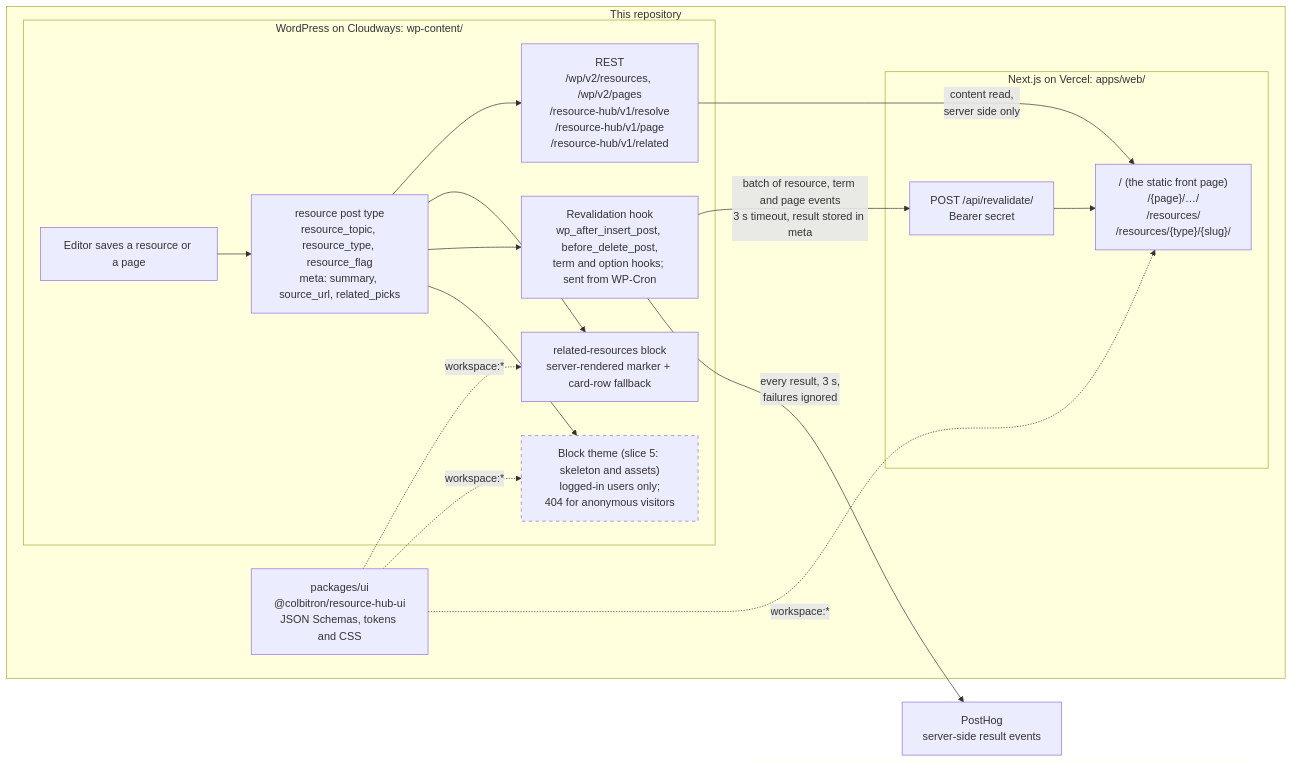
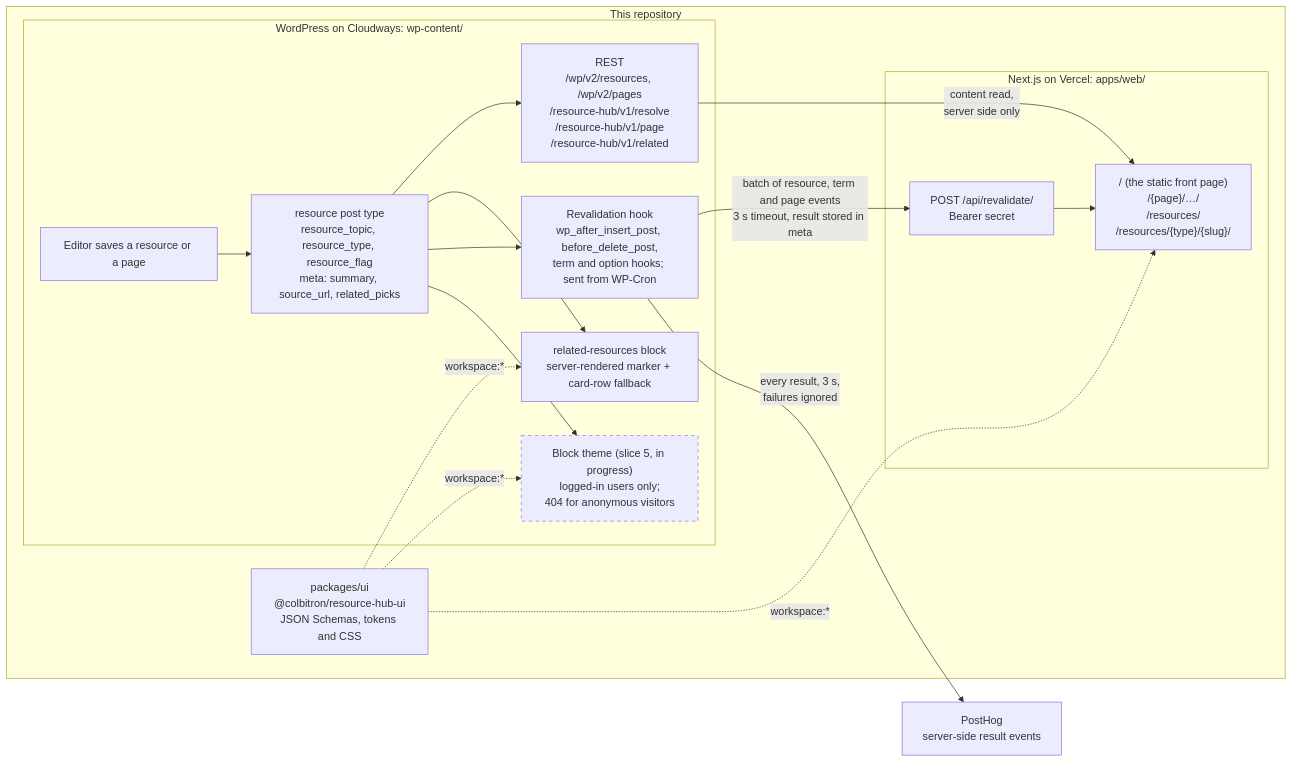
Before and after one commit to Colbitron/resource-hub-wp: the diagram in README.md, drawn with Mermaid. The commit also changed other lines of this file and 2 other files, not shown here.

Commit message:
Document the theme's render check, the host check and full SSH commands
The runbook now says what `theme is-active` does and does not load, and
describes the anonymous 404 render check, the known limit that a check
which cannot run counts as failed, and the allowlist test's second run
in the deploy. The themes directory's write access and the host's WP-CLI
2.12.0 are recorded as verified on 2026-11-08. The manual WP-CLI commands
(the rebuild, the flush, the theme rollback) give the whole SSH command,
with the WordPress root as DEPLOY_PATH minus the plugin suffix.

The root README no longer says the host runs its old theme until a later
pull request; its status table marks the theme deploy done, and the
diagram labels the theme in progress rather than planned.

````diff
--- a/README.md
+++ b/README.md
@@ -61,38 +62,38 @@
 ```mermaid
 flowchart LR
     subgraph repo["This repository"]
         subgraph wp["WordPress on Cloudways: wp-content/"]
             editor["Editor saves a resource or a page"]
             cpt["resource post type<br/>resource_topic, resource_type, resource_flag<br/>meta: summary, source_url, related_picks"]
             rest["REST<br/>/wp/v2/resources, /wp/v2/pages<br/>/resource-hub/v1/resolve<br/>/resource-hub/v1/page<br/>/resource-hub/v1/related"]
             block["related-resources block<br/>server-rendered marker + card-row fallback"]
             hook["Revalidation hook<br/>wp_after_insert_post, before_delete_post,<br/>term and option hooks; sent from WP-Cron"]
-            theme["Block theme (slice 5: skeleton and assets)<br/>logged-in users only;<br/>404 for anonymous visitors"]
+            theme["Block theme (slice 5, in progress)<br/>logged-in users only;<br/>404 for anonymous visitors"]
             editor --> cpt
             cpt --> rest
             cpt --> block
             cpt --> hook
             cpt --> theme
         end
 
         ui["packages/ui<br/>@colbitron/resource-hub-ui<br/>JSON Schemas, tokens and CSS"]
 
         subgraph next["Next.js on Vercel: apps/web/"]
             api["POST /api/revalidate/<br/>Bearer secret"]
             pages["/ (the static front page)<br/>/{page}/…/<br/>/resources/<br/>/resources/{type}/{slug}/"]
             api --> pages
         end
     end
 
     posthog["PostHog<br/>server-side result events"]
 
     rest -->|"content read,<br/>server side only"| pages
     hook -->|"batch of resource, term and page events<br/>3 s timeout, result stored in meta"| api
     hook -->|"every result, 3 s,<br/>failures ignored"| posthog
     ui -.->|"workspace:*"| block
     ui -.->|"workspace:*"| theme
     ui -.->|"workspace:*"| pages
 
-    classDef planned stroke-dasharray: 5 5
-    class theme planned
+    classDef building stroke-dasharray: 5 5
+    class theme building
 ```
````
